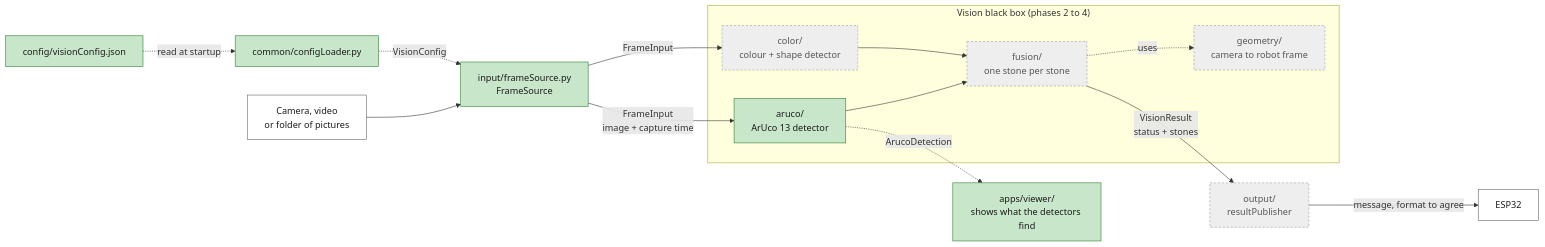
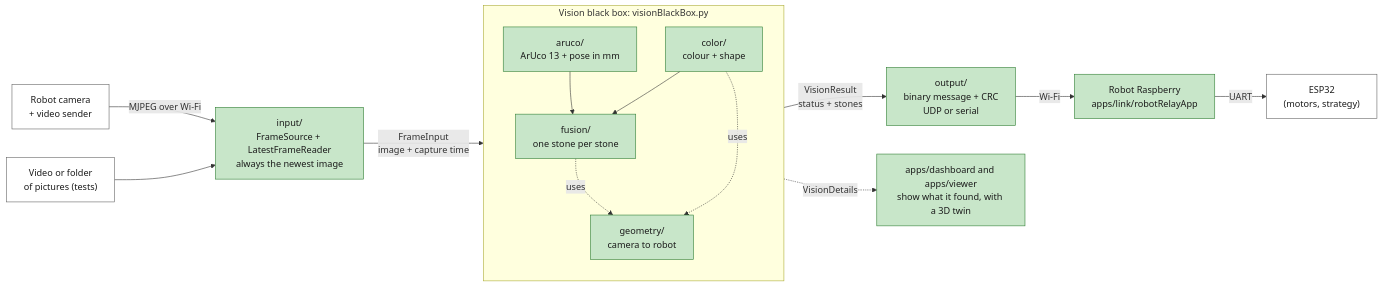
The first of 6 diagrams in docs/vision/howVisionWorks.md (Basbat-net/BotQueValeUnEuro), drawn with Mermaid before and after one commit. The commit also changed other lines of this file, not shown here.

First line of the commit message:
Vision docs: overview, imports, contract, reading images

````diff
--- a/docs/vision/howVisionWorks.md
+++ b/docs/vision/howVisionWorks.md
@@ -15,27 +26,26 @@
 ```mermaid
 flowchart LR
-    camera["Camera, video<br/>or folder of pictures"] --> frameSource["input/frameSource.py<br/>FrameSource"]
-    jsonFile["config/visionConfig.json"] -. "read at startup" .-> loader["common/configLoader.py"]
-    loader -. "VisionConfig" .-> frameSource
-    frameSource -- "FrameInput<br/>image + capture time" --> aruco
-    frameSource -- "FrameInput" --> color
-    subgraph blackBox ["Vision black box (phases 2 to 4)"]
-        aruco["aruco/<br/>ArUco 13 detector"]
-        color["color/<br/>colour + shape detector"]
-        geometry["geometry/<br/>camera to robot frame"]
+    camera["Robot camera<br/>+ video sender"] -- "MJPEG over Wi-Fi" --> reader
+    files["Video or folder<br/>of pictures (tests)"] --> reader
+    reader["input/<br/>FrameSource + LatestFrameReader<br/>always the newest image"]
+    reader -- "FrameInput<br/>image + capture time" --> blackBox
+    subgraph blackBox ["Vision black box: visionBlackBox.py"]
+        aruco["aruco/<br/>ArUco 13 + pose in mm"]
+        color["color/<br/>colour + shape"]
         fusion["fusion/<br/>one stone per stone"]
+        geometry["geometry/<br/>camera to robot"]
         aruco --> fusion
         color --> fusion
         fusion -. "uses" .-> geometry
+        color -. "uses" .-> geometry
     end
-    fusion -- "VisionResult<br/>status + stones" --> publisher["output/<br/>resultPublisher"]
-    publisher -- "message, format to agree" --> esp32["ESP32"]
-    aruco -. "ArucoDetection" .-> viewer["apps/viewer/<br/>shows what the detectors find"]
+    blackBox -- "VisionResult<br/>status + stones" --> publisher["output/<br/>binary message + CRC<br/>UDP or serial"]
+    publisher -- "Wi-Fi" --> relay["Robot Raspberry<br/>apps/link/robotRelayApp"]
+    relay -- "UART" --> esp32["ESP32<br/>(motors, strategy)"]
+    blackBox -. "VisionDetails" .-> apps["apps/dashboard and apps/viewer<br/>show what it found, with a 3D twin"]
 
     classDef done fill:#c8e6c9,stroke:#2e7d32,color:#1b1b1b
-    classDef planned fill:#eeeeee,stroke:#9e9e9e,stroke-dasharray:4 3,color:#555555
     classDef outside fill:#ffffff,stroke:#616161,color:#1b1b1b
-    class frameSource,loader,jsonFile,aruco,viewer done
-    class color,geometry,fusion,publisher planned
-    class camera,esp32 outside
+    class reader,aruco,color,fusion,geometry,publisher,relay,apps done
+    class camera,files,esp32 outside
 ```
````
